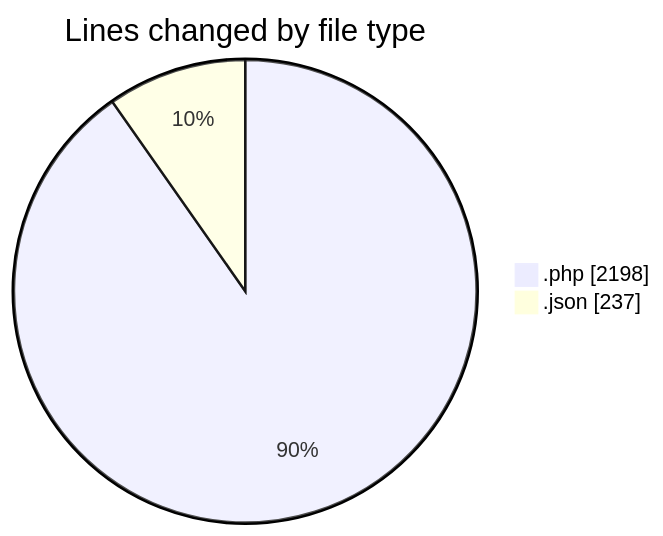
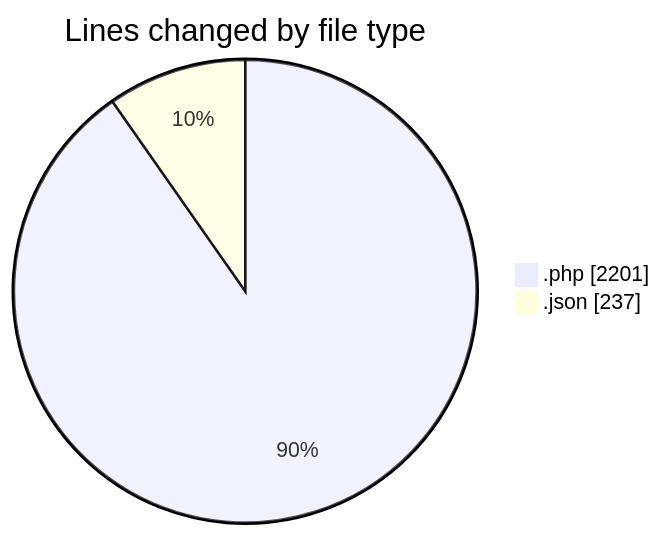
One commit to idhammustaqopulfikri/code-tracking changed the first of 2 diagrams in 2025-06-20/studio-backend/README.md. Above: the diagram before and after it, drawn with Mermaid. The commit also changed other lines of this file and 1 other file, not shown here.

````diff
--- a/2025-06-20/studio-backend/README.md
+++ b/2025-06-20/studio-backend/README.md
@@ -26,6 +26,6 @@
 ```mermaid
 pie showData
 title Lines changed by file type
-".php" : 2198
+".php" : 2201
 ".json" : 237
 ```
````
